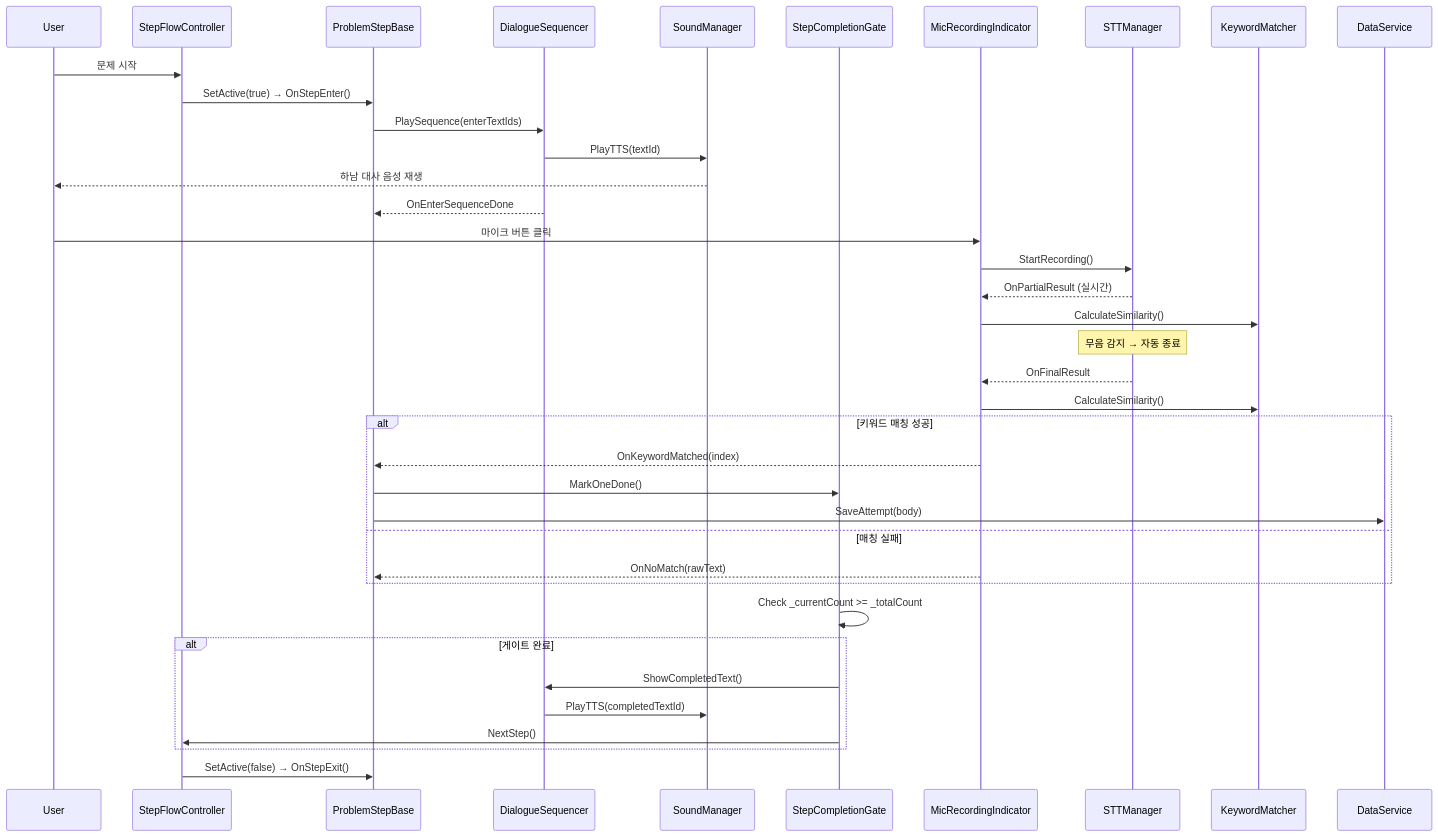
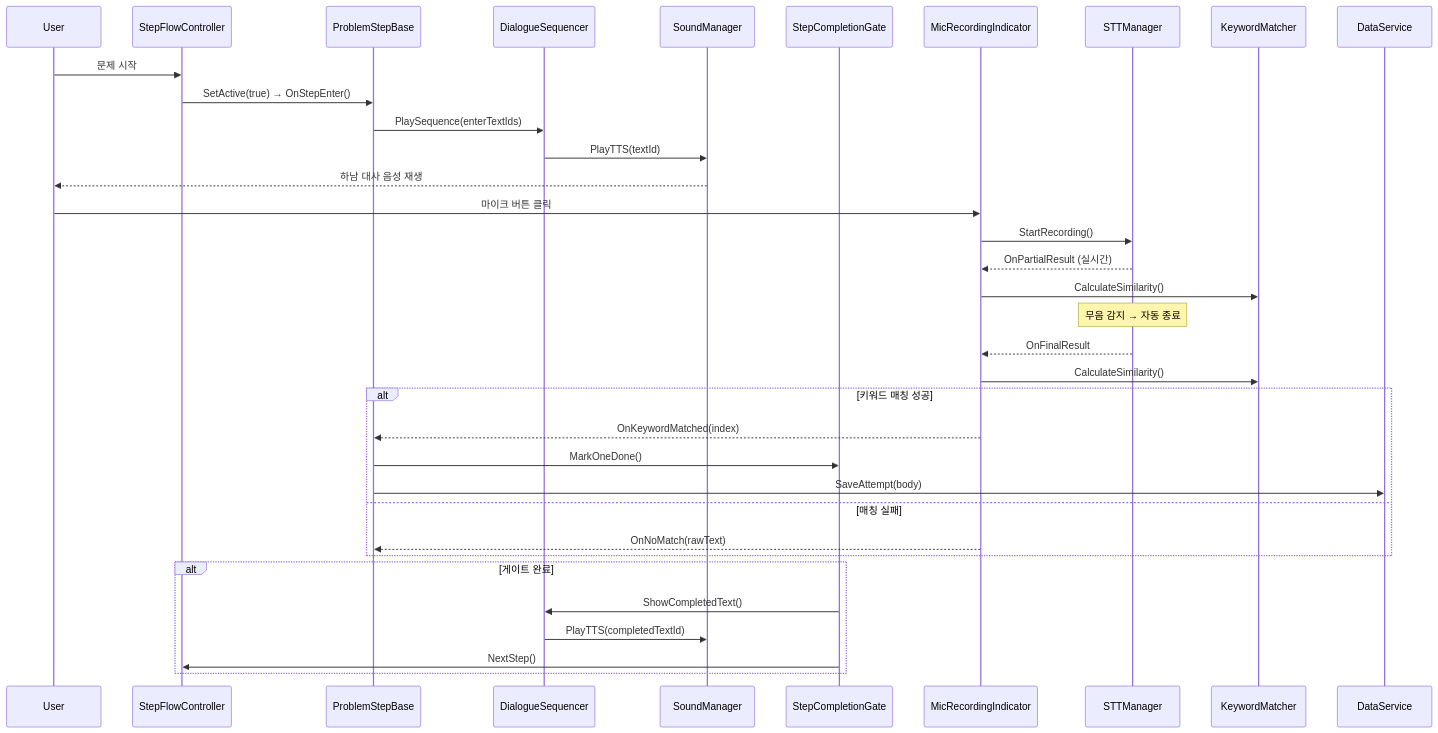
One commit to junHyeong7083/Hanam_MC changed the second of 3 diagrams in README.md. Above: the diagram before and after it, drawn with Mermaid. The commit also changed other lines of this file, not shown here.

````diff
--- a/README.md
+++ b/README.md
@@ -257,48 +157,42 @@
 ```mermaid
 sequenceDiagram
     participant User
     participant SFC as StepFlowController
     participant Step as ProblemStepBase
     participant DS as DialogueSequencer
     participant SM as SoundManager
     participant Gate as StepCompletionGate
     participant Mic as MicRecordingIndicator
     participant STT as STTManager
     participant KM as KeywordMatcher
     participant DB as DataService
 
     User->>SFC: 문제 시작
     SFC->>Step: SetActive(true) → OnStepEnter()
     Step->>DS: PlaySequence(enterTextIds)
     DS->>SM: PlayTTS(textId)
     SM-->>User: 하남 대사 음성 재생
-    DS-->>Step: OnEnterSequenceDone
 
     User->>Mic: 마이크 버튼 클릭
     Mic->>STT: StartRecording()
     STT-->>Mic: OnPartialResult (실시간)
     Mic->>KM: CalculateSimilarity()
 
     Note over STT: 무음 감지 → 자동 종료
-
     STT-->>Mic: OnFinalResult
     Mic->>KM: CalculateSimilarity()
 
     alt 키워드 매칭 성공
         Mic-->>Step: OnKeywordMatched(index)
         Step->>Gate: MarkOneDone()
         Step->>DB: SaveAttempt(body)
     else 매칭 실패
         Mic-->>Step: OnNoMatch(rawText)
     end
 
-    Gate->>Gate: Check _currentCount >= _totalCount
-
     alt 게이트 완료
         Gate->>DS: ShowCompletedText()
         DS->>SM: PlayTTS(completedTextId)
         Gate->>SFC: NextStep()
     end
-
-    SFC->>Step: SetActive(false) → OnStepExit()
 ```
````
